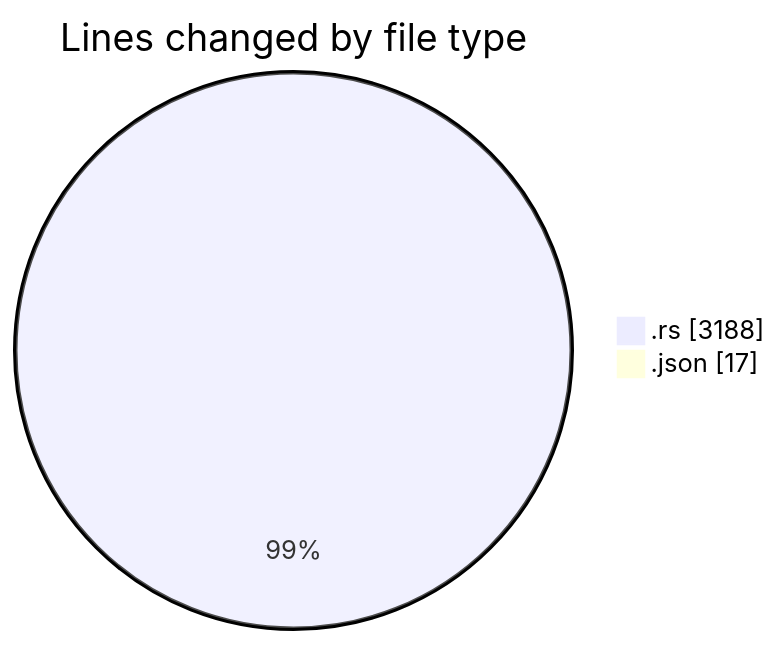
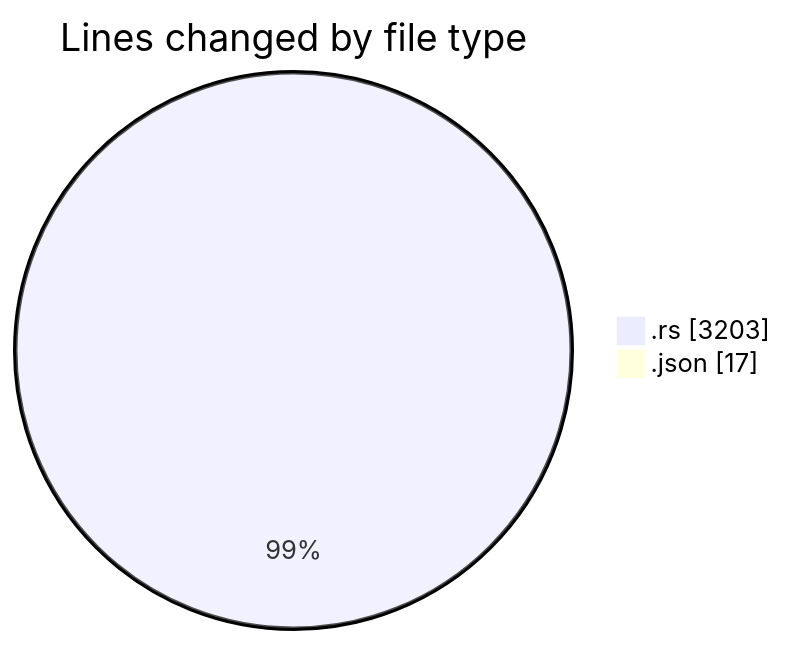
One commit to Ritupan-Deka/code-tracking changed the first of 2 diagrams in 2025-12-28/rust/README.md. Above: the diagram before and after it, drawn with Mermaid. The commit also changed other lines of this file and 1 other file, not shown here.

````diff
--- a/2025-12-28/rust/README.md
+++ b/2025-12-28/rust/README.md
@@ -22,6 +22,6 @@
 ```mermaid
 pie showData
 title Lines changed by file type
-".rs" : 3188
+".rs" : 3203
 ".json" : 17
 ```
````
